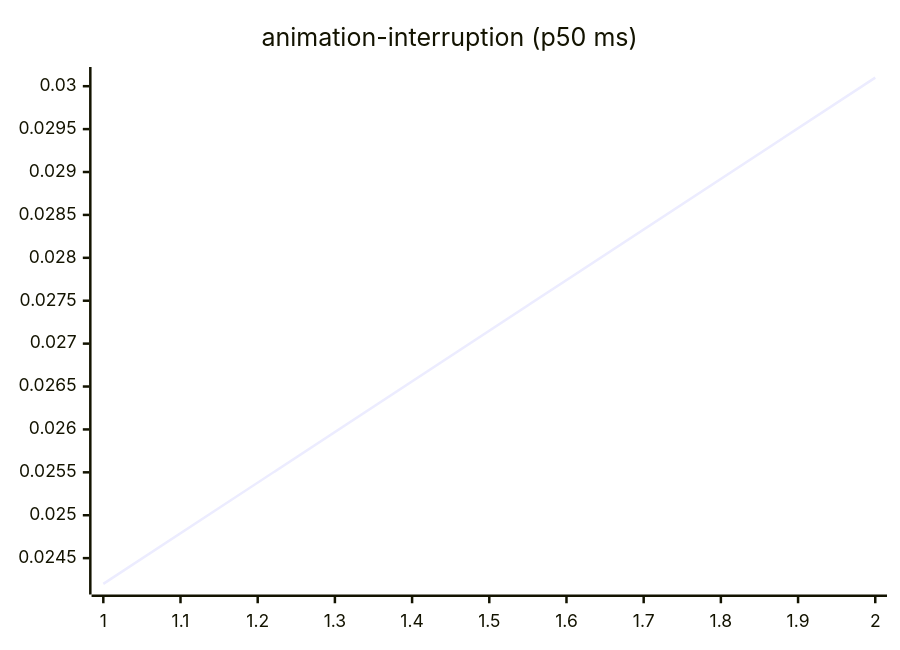
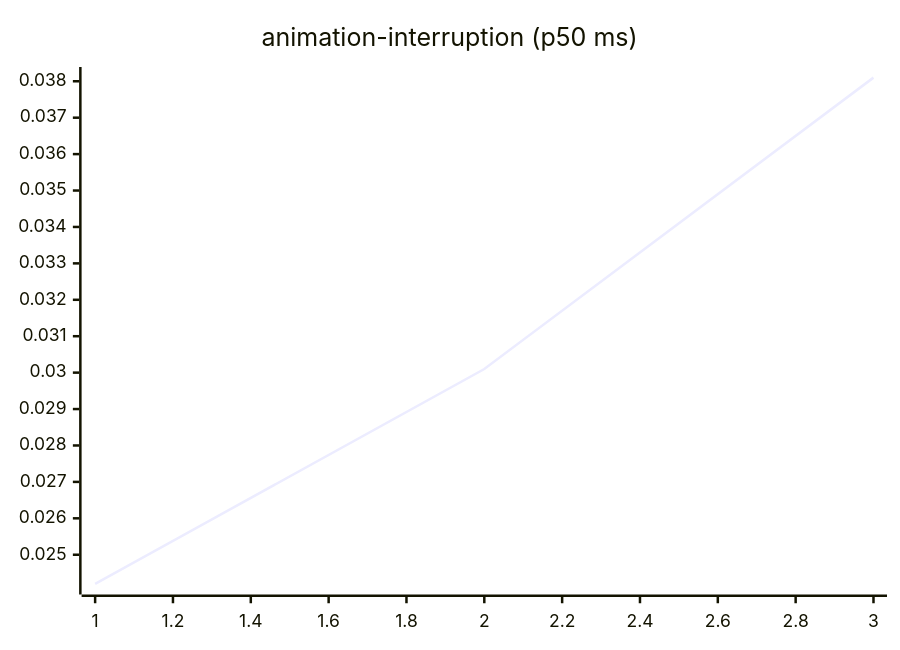
One commit to josha/Facet changed the third of 27 diagrams in README.md. Above: the diagram before and after it, drawn with Mermaid. The commit also changed other lines of this file and 2 other files, not shown here.

````diff
--- a/README.md
+++ b/README.md
@@ -77,6 +77,6 @@
 ```mermaid
 xychart-beta
     title "animation-interruption (p50 ms)"
-    x-axis 1 --> 2
-    line [0.0242, 0.0301]
+    x-axis 1 --> 3
+    line [0.0242, 0.0301, 0.0381]
 ```
````
